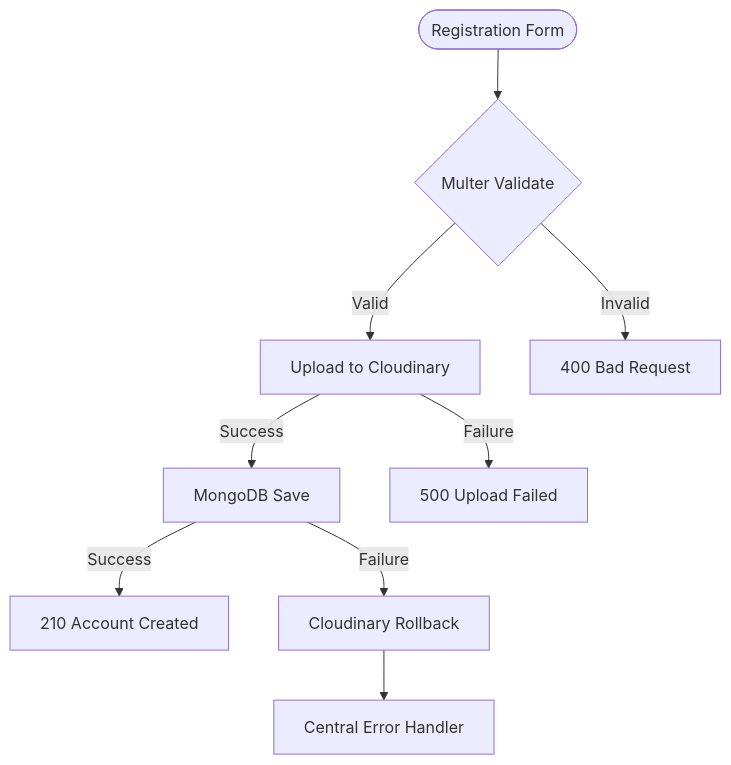
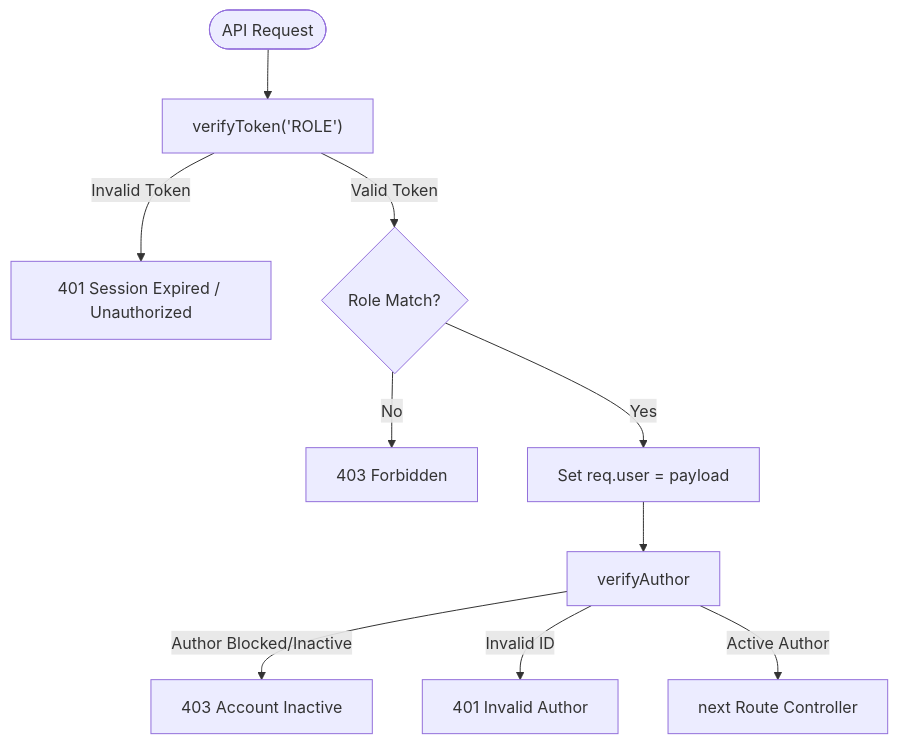
Before and after one commit to Nani040905/BlogApp_backend: the second of 6 diagrams in README.md, drawn with Mermaid. The commit also changed other lines of this file and 5 other files, not shown here.

````diff
--- a/README.md
+++ b/README.md
@@ -58,14 +239,13 @@
 ```mermaid
 graph TD
-    Form([Registration Form]) --> Multer{Multer Validate}
-    Multer -- Valid --> Cloudinary[Upload to Cloudinary]
-    Multer -- Invalid --> Res400[400 Bad Request]
+    Request([API Request]) --> TokenGuard["verifyToken('ROLE')"]
+    TokenGuard -- Invalid Token --> Res401[401 Session Expired / Unauthorized]
+    TokenGuard -- Valid Token --> RoleCheck{Role Match?}
+    RoleCheck -- No --> Res403[403 Forbidden]
+    RoleCheck -- Yes --> ReqUser[Set req.user = payload]
     
-    Cloudinary -- Success --> DB[MongoDB Save]
-    Cloudinary -- Failure --> Res500[500 Upload Failed]
-    
-    DB -- Success --> Res201[210 Account Created]
-    DB -- Failure --> Rollback[Cloudinary Rollback]
-    
-    Rollback --> CentralError[Central Error Handler]
+    ReqUser --> AuthorGuard[verifyAuthor]
+    AuthorGuard -- Author Blocked/Inactive --> Blocked[403 Account Inactive]
+    AuthorGuard -- Invalid ID --> BadId[401 Invalid Author]
+    AuthorGuard -- Active Author --> Next[next Route Controller]
 ```
````
